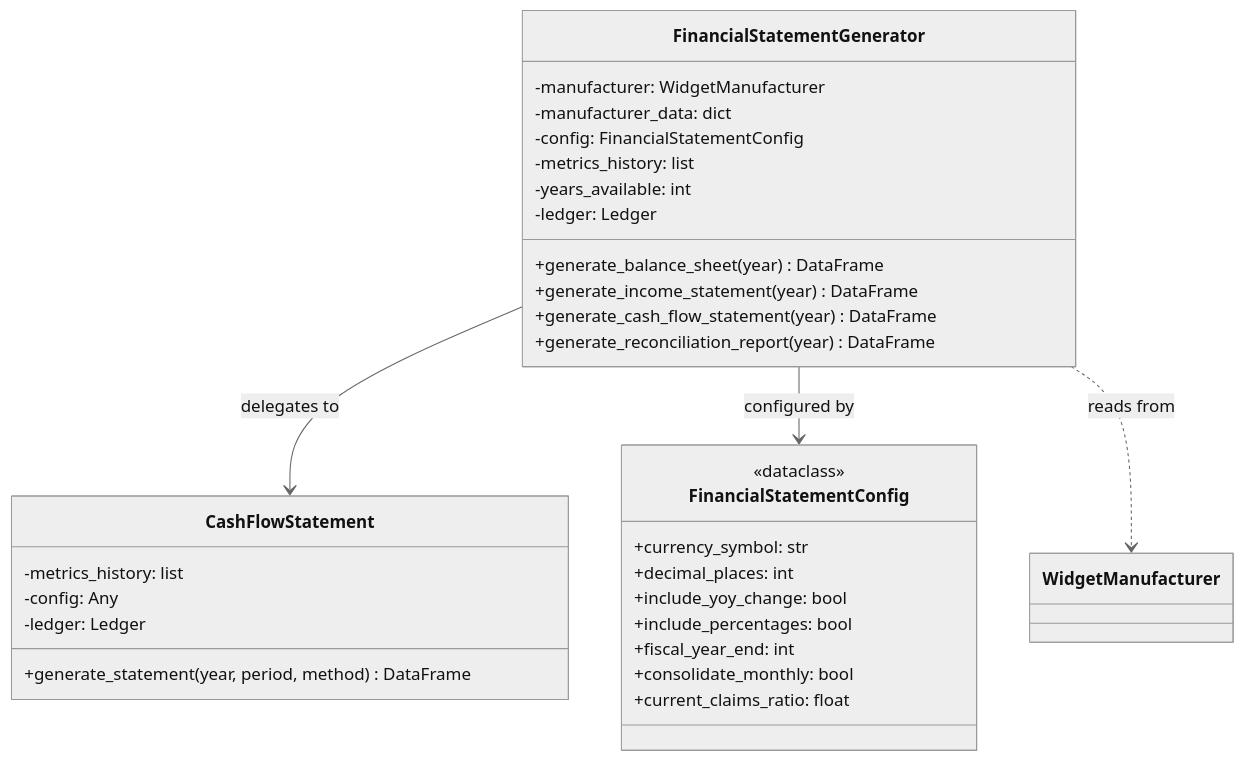
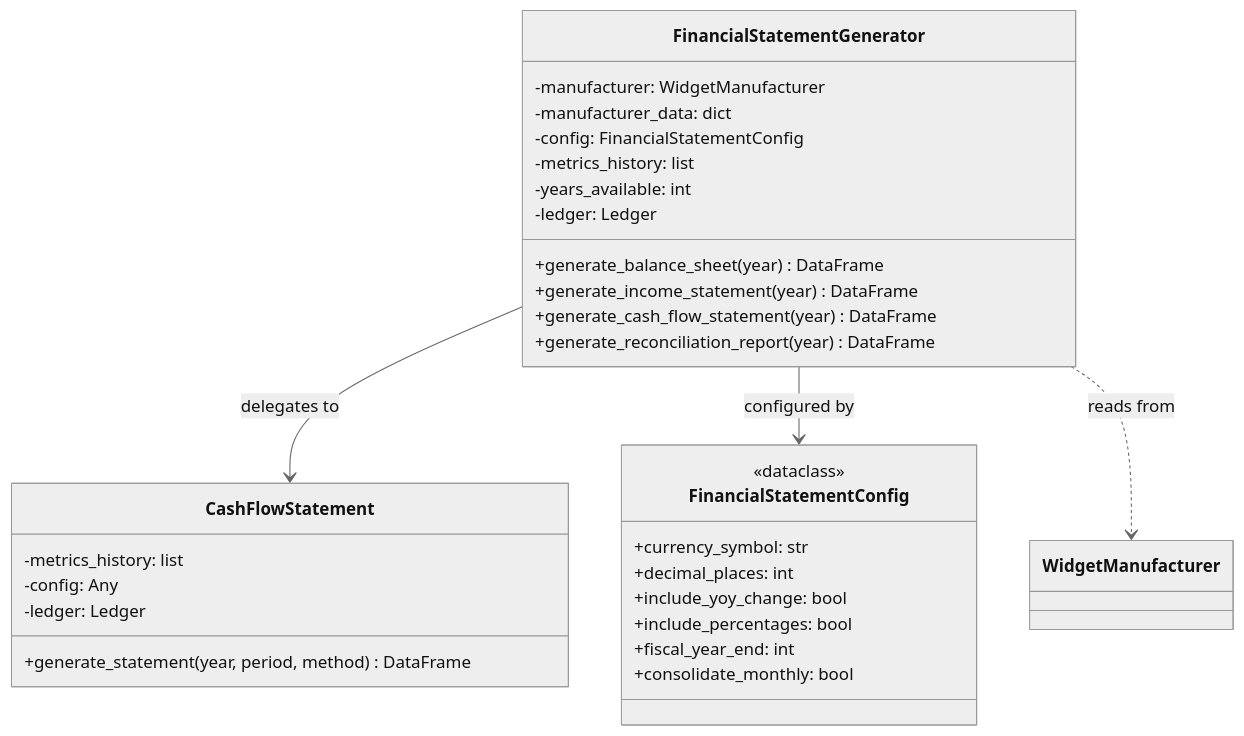
Before and after one commit to AlexFiliakov/Ergodic-Insurance-Limits: the eighth of 9 diagrams in ergodic_insurance/docs/architecture/class_diagrams/data_models.md, drawn with Mermaid (neutral theme). The commit also changed 102 other files, not shown here.

````diff
--- a/ergodic_insurance/docs/architecture/class_diagrams/data_models.md
+++ b/ergodic_insurance/docs/architecture/class_diagrams/data_models.md
@@ -437,37 +437,36 @@
 ```{mermaid}
 classDiagram
     class FinancialStatementGenerator {
         -manufacturer: WidgetManufacturer
         -manufacturer_data: dict
         -config: FinancialStatementConfig
         -metrics_history: list
         -years_available: int
         -ledger: Ledger
         +generate_balance_sheet(year) DataFrame
         +generate_income_statement(year) DataFrame
         +generate_cash_flow_statement(year) DataFrame
         +generate_reconciliation_report(year) DataFrame
     }
 
     class CashFlowStatement {
         -metrics_history: list
         -config: Any
         -ledger: Ledger
         +generate_statement(year, period, method) DataFrame
     }
 
     class FinancialStatementConfig {
         <<dataclass>>
         +currency_symbol: str
         +decimal_places: int
         +include_yoy_change: bool
         +include_percentages: bool
         +fiscal_year_end: int
         +consolidate_monthly: bool
-        +current_claims_ratio: float
     }
 
     FinancialStatementGenerator --> CashFlowStatement : delegates to
     FinancialStatementGenerator --> FinancialStatementConfig : configured by
     FinancialStatementGenerator ..> WidgetManufacturer : reads from
 ```
````
